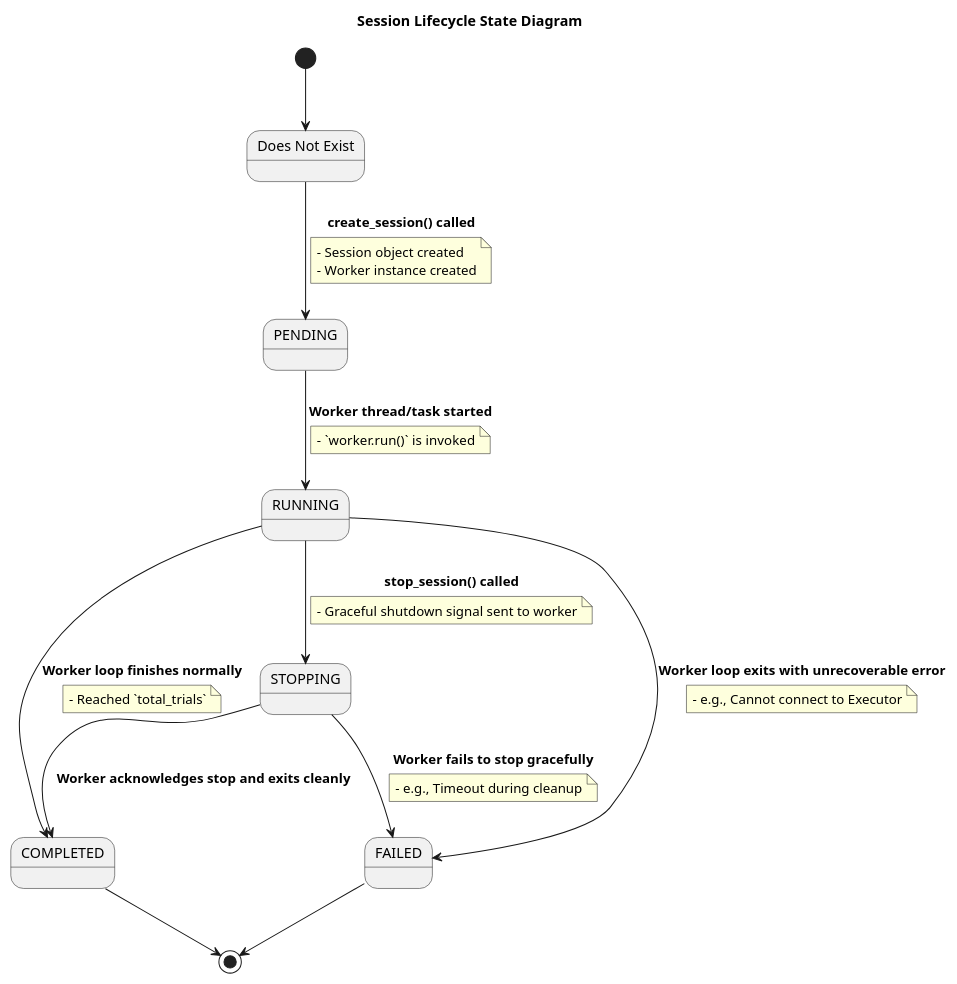
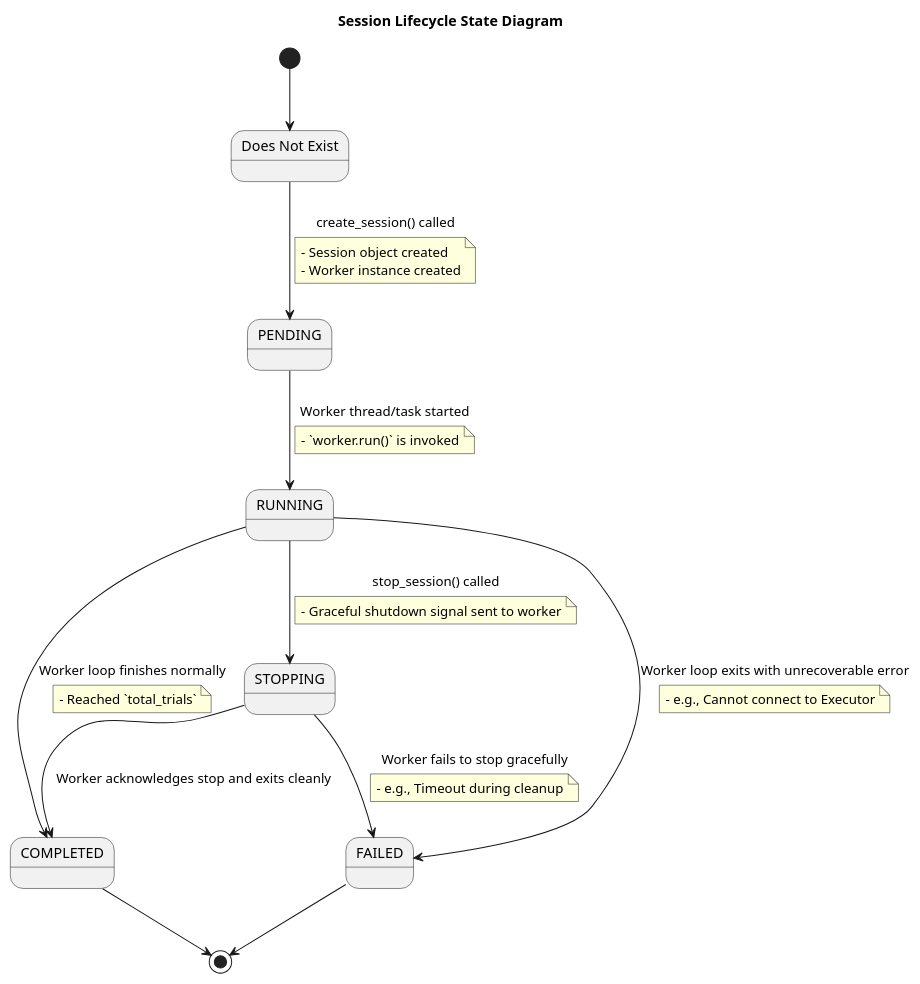
The fifth of 7 diagrams in recommender/docs/design_doc/Design_1_CoordinatorService.md (kalahetun/Minesweeper), drawn with PlantUML before and after one commit. The commit also changed other lines of this file and 27 other files, not shown here.

````diff
--- a/recommender/docs/design_doc/Design_1_CoordinatorService.md
+++ b/recommender/docs/design_doc/Design_1_CoordinatorService.md
@@ -321,50 +321,50 @@
 ```plantuml
 @startuml
 title Session Lifecycle State Diagram
 
 state "Does Not Exist" as NonExistent
 state "PENDING"
 state "RUNNING"
 state "STOPPING"
 state "COMPLETED"
 state "FAILED"
 
 [*] --> NonExistent
 
-NonExistent --> PENDING: **create_session() called**
+NonExistent --> PENDING: create_session() called
 note on link
   - Session object created
   - Worker instance created
 end note
 
-PENDING --> RUNNING: **Worker thread/task started**
+PENDING --> RUNNING: Worker thread/task started
 note on link
   - `worker.run()` is invoked
 end note
 
-RUNNING --> COMPLETED: **Worker loop finishes normally**
+RUNNING --> COMPLETED: Worker loop finishes normally
 note on link
   - Reached `total_trials`
 end note
 
-RUNNING --> FAILED: **Worker loop exits with unrecoverable error**
+RUNNING --> FAILED: Worker loop exits with unrecoverable error
 note on link
   - e.g., Cannot connect to Executor
 end note
 
-RUNNING --> STOPPING: **stop_session() called**
+RUNNING --> STOPPING: stop_session() called
 note on link
   - Graceful shutdown signal sent to worker
 end note
 
-STOPPING --> COMPLETED: **Worker acknowledges stop and exits cleanly**
+STOPPING --> COMPLETED: Worker acknowledges stop and exits cleanly
 
-STOPPING --> FAILED: **Worker fails to stop gracefully**
+STOPPING --> FAILED: Worker fails to stop gracefully
 note on link
   - e.g., Timeout during cleanup
 end note
 
 COMPLETED --> [*]
 FAILED --> [*]
 @enduml
 ```
````
